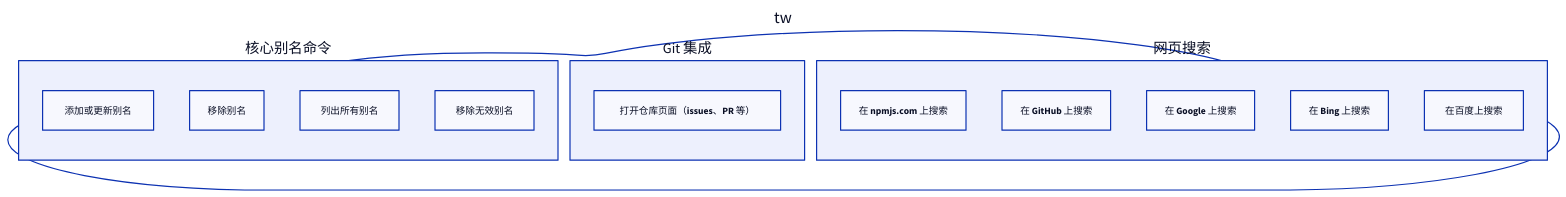
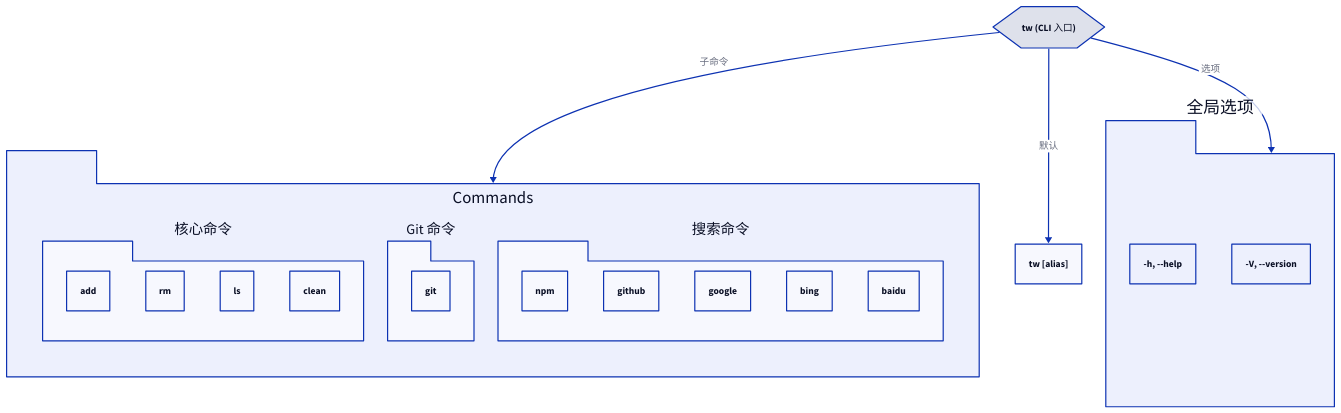
The diagram in .aigne/doc-smith/docs/command-reference.zh.md (lban2049/to-where-cli), drawn with D2 before and after one commit. The commit also changed other lines of this file and 24 other files, not shown here.

````diff
--- a/.aigne/doc-smith/docs/command-reference.zh.md
+++ b/.aigne/doc-smith/docs/command-reference.zh.md
@@ -7,25 +9,50 @@
 ```d2
 direction: down
 
 "tw": {
-  shape: cloud
-  "核心别名命令": {
-    "add": "添加或更新别名"
-    "rm": "移除别名"
-    "ls": "列出所有别名"
-    "clean": "移除无效别名"
+  shape: hexagon
+  label: "tw (CLI 入口)"
+}
+
+"Commands": {
+  shape: package
+  grid-columns: 3
+
+  "核心命令": {
+    shape: package
+    "add"
+    "rm"
+    "ls"
+    "clean"
   }
 
-  "Git 集成": {
-    "git": "打开仓库页面（issues、PR 等）"
+  "Git 命令": {
+    shape: package
+    "git"
   }
 
-  "网页搜索": {
-    "npm": "在 npmjs.com 上搜索"
-    "github": "在 GitHub 上搜索"
-    "google": "在 Google 上搜索"
-    "bing": "在 Bing 上搜索"
-    "baidu": "在百度上搜索"
+  "搜索命令": {
+    shape: package
+    "npm"
+    "github"
+    "google"
+    "bing"
+    "baidu"
   }
 }
+
+"默认操作": {
+  label: "tw [alias]"
+  shape: rectangle
+}
+
+"全局选项": {
+    shape: package
+    "-h, --help"
+    "-V, --version"
+}
+
+"tw" -> "默认操作": "默认"
+"tw" -> "Commands": "子命令"
+"tw" -> "全局选项": "选项"
 ```
````
